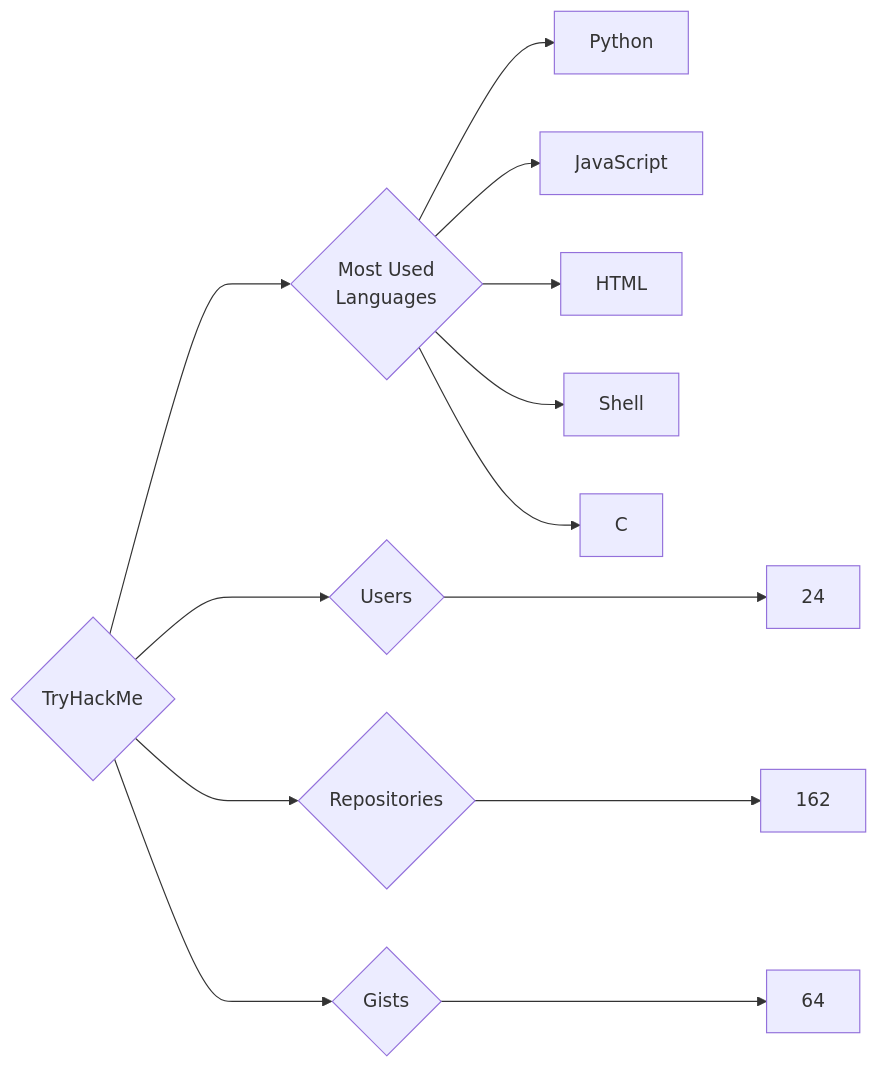
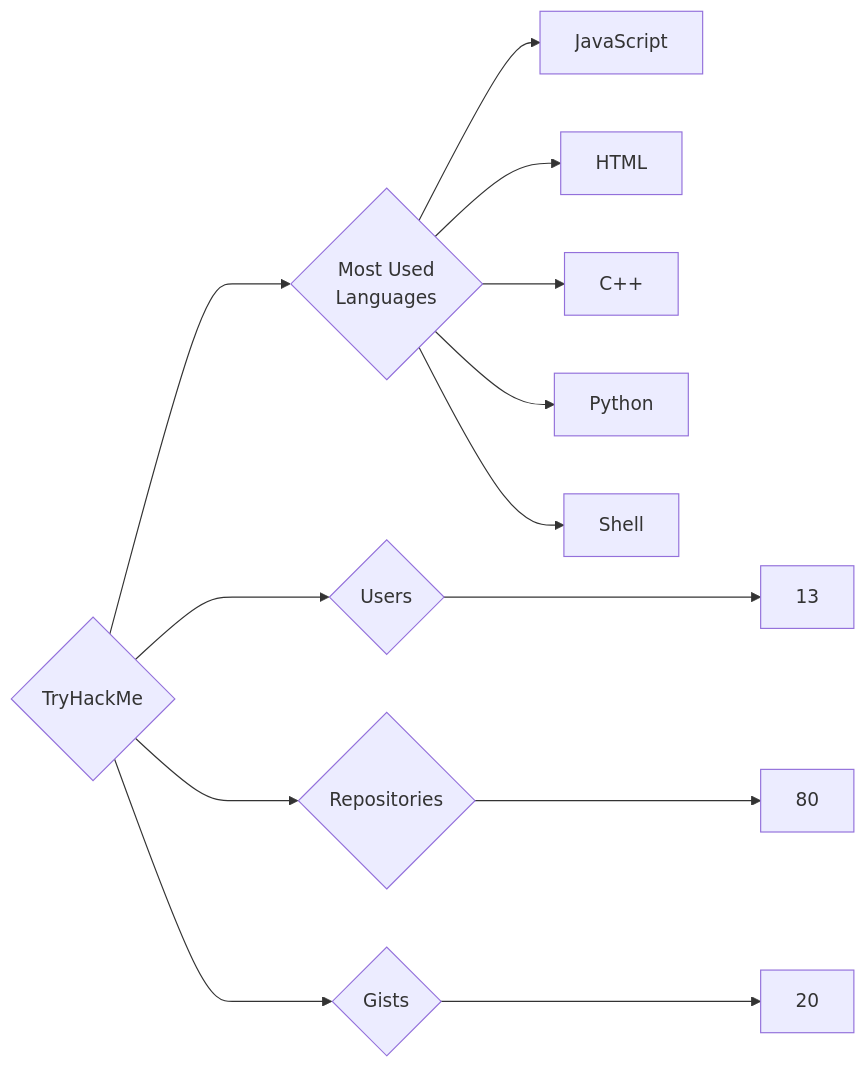
Before and after one commit to trickest/insiders: the diagram in targets/TryHackMe/README.md, drawn with Mermaid. The commit also changed 940 other files, not shown here.

````diff
--- a/targets/TryHackMe/README.md
+++ b/targets/TryHackMe/README.md
@@ -3,13 +3,13 @@
 ```mermaid
 graph LR
 COMPANY_NAME{TryHackMe}
-COMPANY_NAME ---> U{Users} ---> UN[24]
-COMPANY_NAME ---> R{Repositories} ---> RN[162]
-COMPANY_NAME ---> G{Gists} ---> GN[64]
+COMPANY_NAME ---> U{Users} ---> UN[13]
+COMPANY_NAME ---> R{Repositories} ---> RN[80]
+COMPANY_NAME ---> G{Gists} ---> GN[20]
 COMPANY_NAME ---> ML{Most Used<br>Languages}
-ML --> Python[Python]
 ML --> JavaScript[JavaScript]
 ML --> HTML[HTML]
+ML --> C++[C++]
+ML --> Python[Python]
 ML --> Shell[Shell]
-ML --> C[C]
 ```
````
